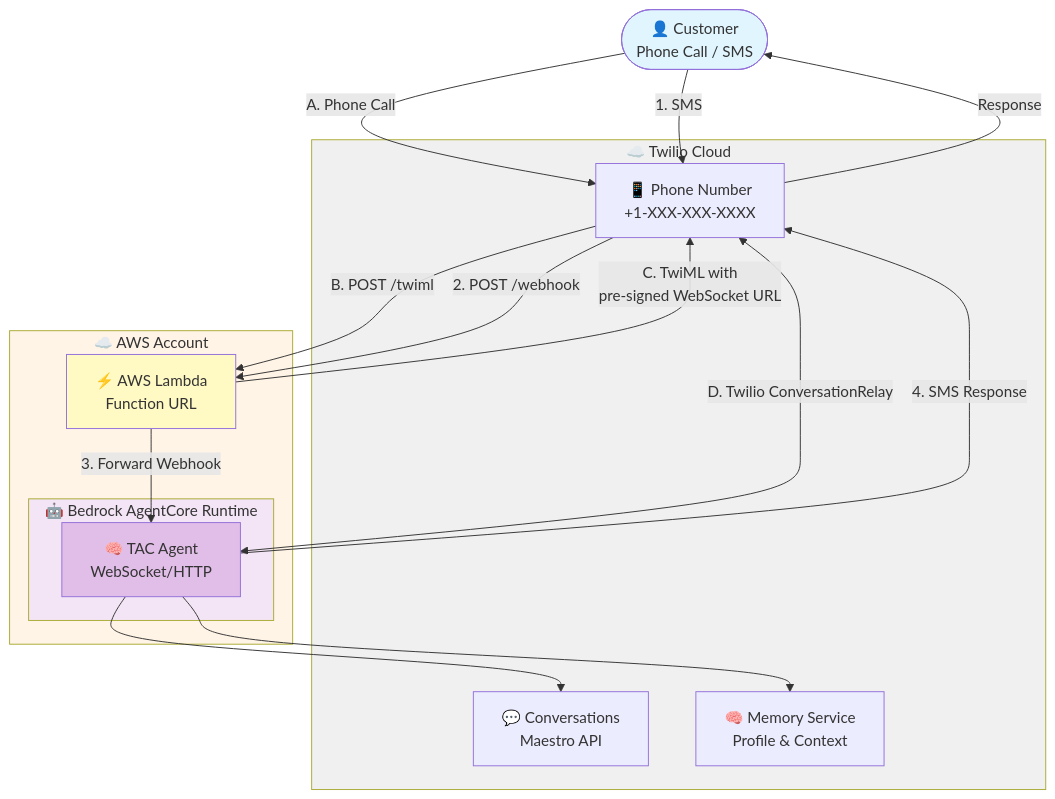
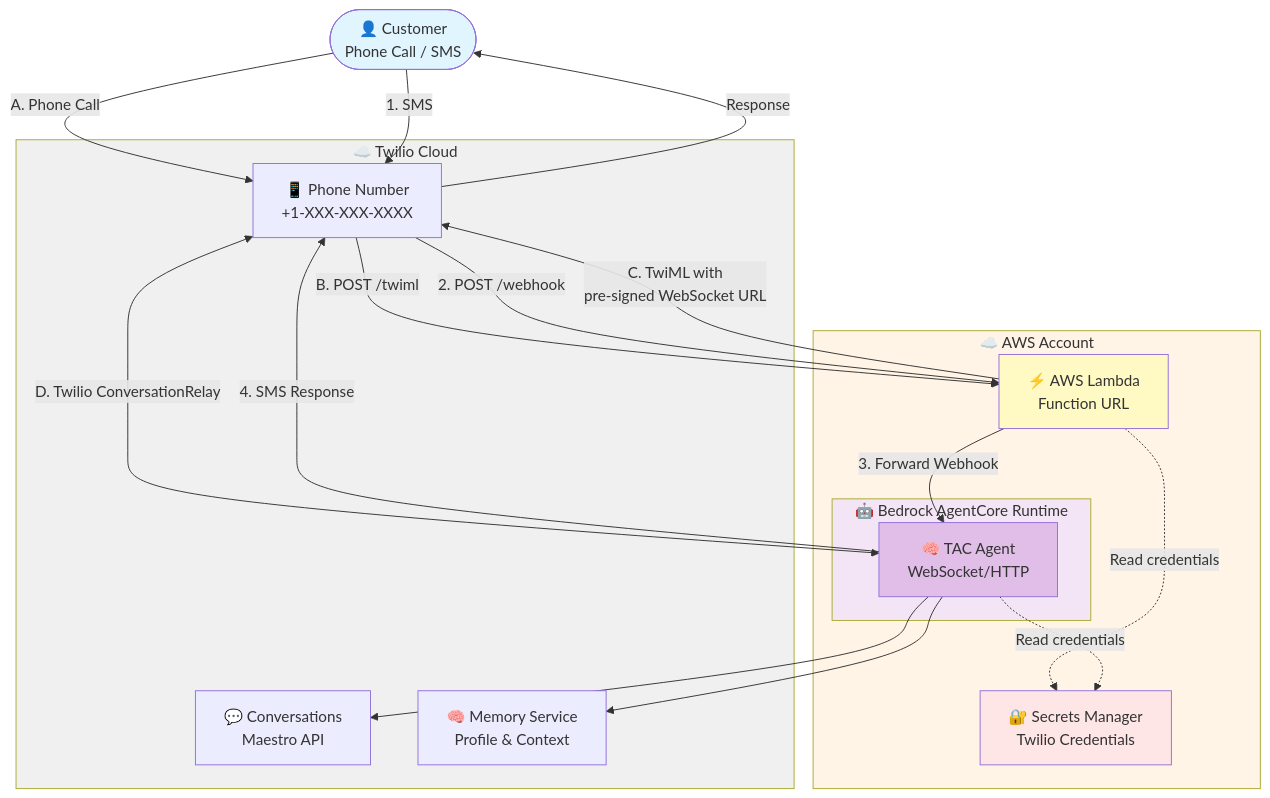
One commit to twilio/twilio-agent-connect-aws changed the diagram in deploy/agentcore_aws_lambda/README.md. Above: the diagram before and after it, drawn with Mermaid. The commit also changed other lines of this file and 8 other files, not shown here.

First line of the commit message:
Add AWS Secrets Manager integration for AgentCore Lambda deployment

````diff
--- a/deploy/agentcore_aws_lambda/README.md
+++ b/deploy/agentcore_aws_lambda/README.md
@@ -7,43 +7,49 @@
 ```mermaid
 graph TB
     Customer([👤 Customer<br/>Phone Call / SMS])
 
     subgraph Twilio["☁️ Twilio Cloud"]
         Phone[📱 Phone Number<br/>+1-XXX-XXX-XXXX]
         Maestro[💬 Conversations<br/>Maestro API]
         Memory[🧠 Memory Service<br/>Profile & Context]
     end
 
     subgraph AWS["☁️ AWS Account"]
+        Secrets[🔐 Secrets Manager<br/>Twilio Credentials]
         Lambda[⚡ AWS Lambda<br/>Function URL]
 
         subgraph AgentCore["🤖 Bedrock AgentCore Runtime"]
             Agent[🧠 TAC Agent<br/>WebSocket/HTTP]
         end
     end
 
     %% Voice Channel Flow (A-D)
     Customer -->|A. Phone Call| Phone
     Phone -->|B. POST /twiml| Lambda
     Lambda -->|C. TwiML with<br/>pre-signed WebSocket URL| Phone
     Phone <-->|D. Twilio ConversationRelay| Agent
     
     %% Messaging Channel Flow (1-4)
     Customer -->|1. SMS| Phone
     Phone -->|2. POST /webhook| Lambda
     Lambda -->|3. Forward Webhook| Agent
     Agent -->|4. SMS Response| Phone
     
     %% AgentCore integrations
     Agent --> Maestro
     Agent --> Memory
     
+    %% Secrets Manager integrations
+    Lambda -.->|Read credentials| Secrets
+    Agent -.->|Read credentials| Secrets
+    
     Phone -->|Response| Customer
 
     style Customer fill:#e1f5ff
     style Twilio fill:#f0f0f0
     style AWS fill:#fff4e6
+    style Secrets fill:#ffe6e6
     style Lambda fill:#fff9c4
     style AgentCore fill:#f3e5f5
     style Agent fill:#e1bee7
 ```
````
